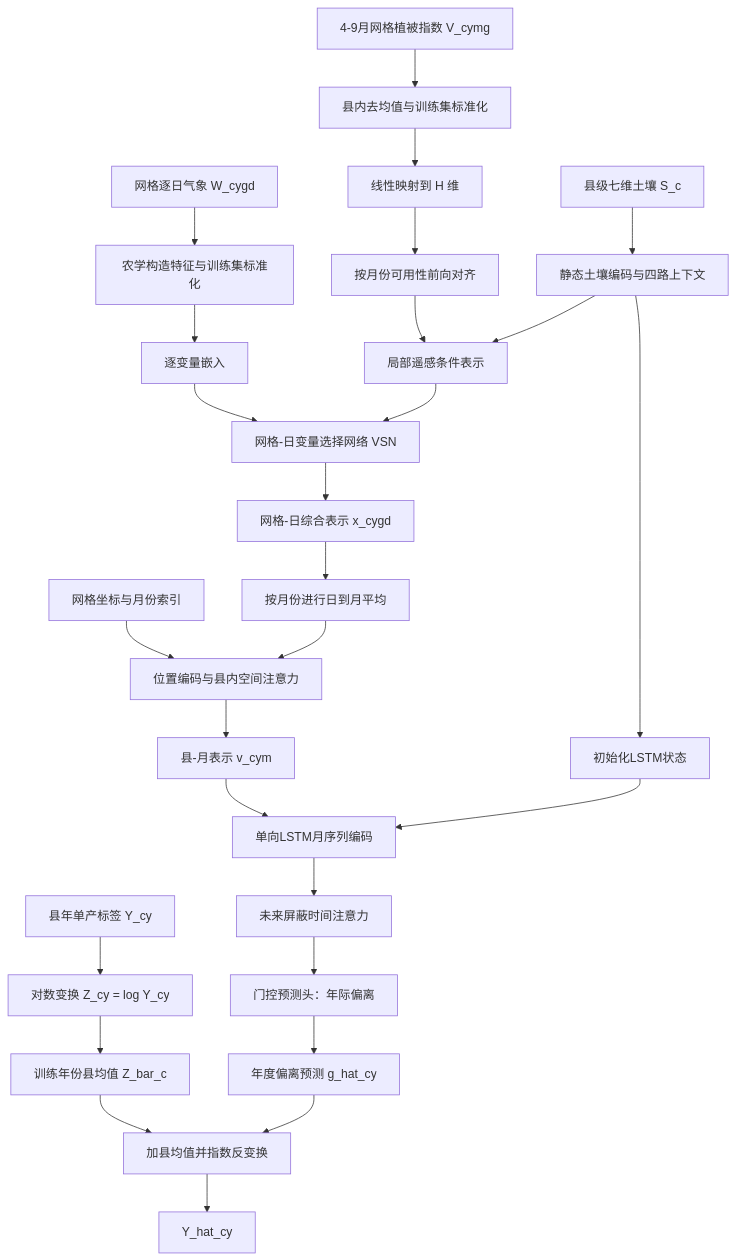
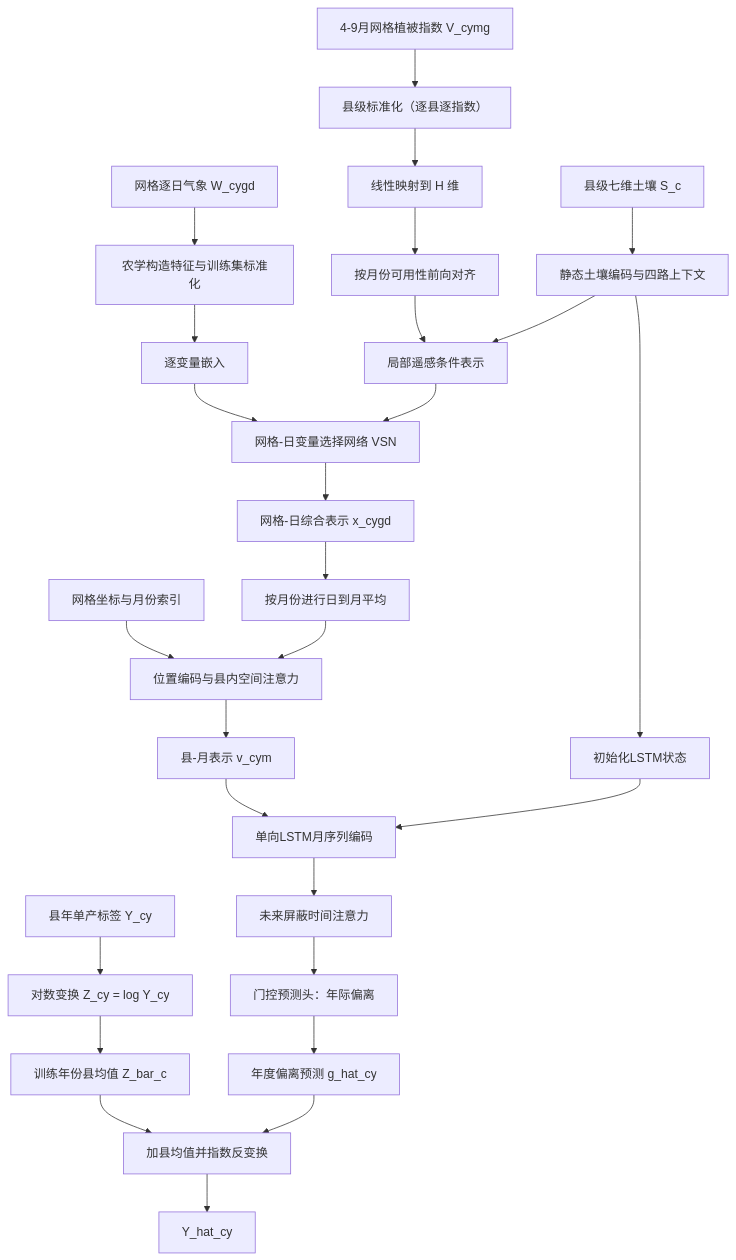
One commit to 15767946495/Product_model changed the diagram in paper.md. Above: the diagram before and after it, drawn with Mermaid. The commit also changed other lines of this file and 16 other files, not shown here.

````diff
--- a/paper.md
+++ b/paper.md
@@ -678,29 +682,29 @@
 ```mermaid
 flowchart TD
     A[县年单产标签 Y_cy] --> T[对数变换 Z_cy = log Y_cy]
     T --> OF[训练年份县均值 Z_bar_c]
     W[网格逐日气象 W_cygd] --> F[农学构造特征与训练集标准化]
     F --> E[逐变量嵌入]
-    V[4-9月网格植被指数 V_cymg] --> DV[县内去均值与训练集标准化]
+    V[4-9月网格植被指数 V_cymg] --> DV[县级标准化（逐县逐指数）]
     DV --> LM[线性映射到 H 维]
     LM --> R[按月份可用性前向对齐]
     S[县级七维土壤 S_c] --> SC[静态土壤编码与四路上下文]
     R --> LC[局部遥感条件表示]
     SC --> LC
     E --> VS[网格-日变量选择网络 VSN]
     LC --> VS
     VS --> GD[网格-日综合表示 x_cygd]
     GD --> DM[按月份进行日到月平均]
     XY[网格坐标与月份索引] --> SA[位置编码与县内空间注意力]
     DM --> SA
     SA --> CM[县-月表示 v_cym]
     SC --> H0[初始化LSTM状态]
     CM --> LSTM[单向LSTM月序列编码]
     H0 --> LSTM
     LSTM --> CA[未来屏蔽时间注意力]
     CA --> PH[门控预测头：年际偏离]
     PH --> M[年度偏离预测 g_hat_cy]
     OF --> OUT[加县均值并指数反变换]
     M --> OUT
     OUT --> Y[Y_hat_cy]
 ```
````
